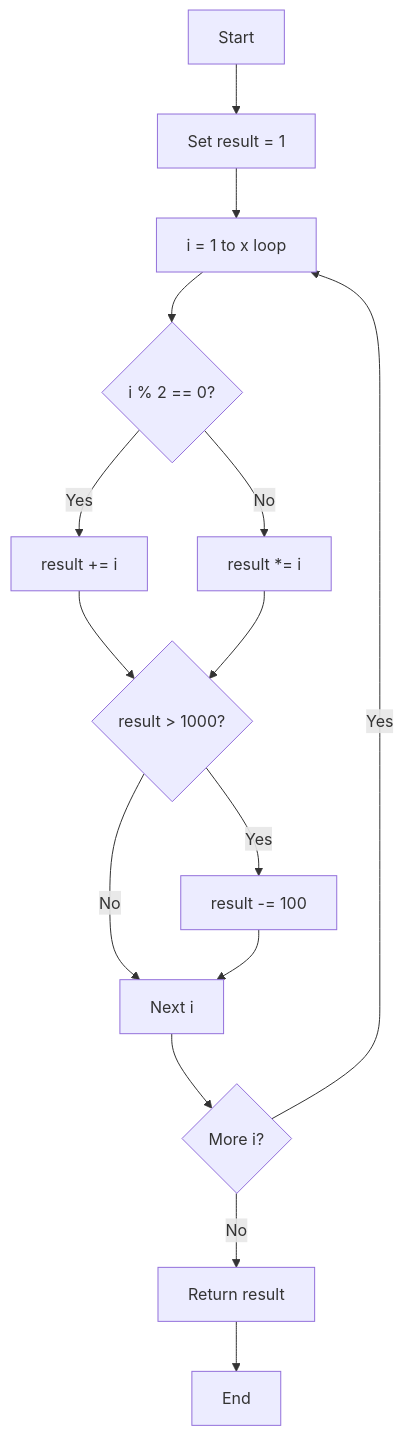
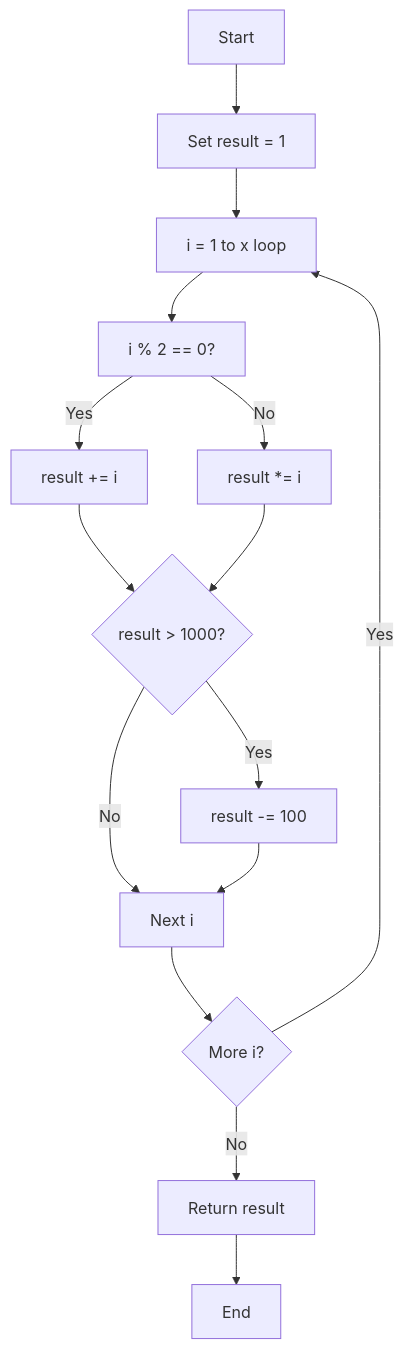
Before and after one commit to Chikangwa/PP9: the third of 4 diagrams in README.md, drawn with Mermaid.

````diff
--- a/README.md
+++ b/README.md
@@ -180,17 +180,17 @@
 ```mermaid
 graph TD
     A[Start] --> B[Set result = 1]
     B --> C[i = 1 to x loop]
-    C --> D{i % 2 == 0?}
+    C --> D[i % 2 == 0?]
     D -- Yes --> E[result += i]
     D -- No --> F[result *= i]
     E --> G{result > 1000?}
     F --> G{result > 1000?}
     G -- Yes --> H[result -= 100]
     G -- No --> I[Next i]
     H --> I
     I --> J{More i?}
     J -- Yes --> C
     J -- No --> K[Return result]
     K --> L[End]
 ```
````
